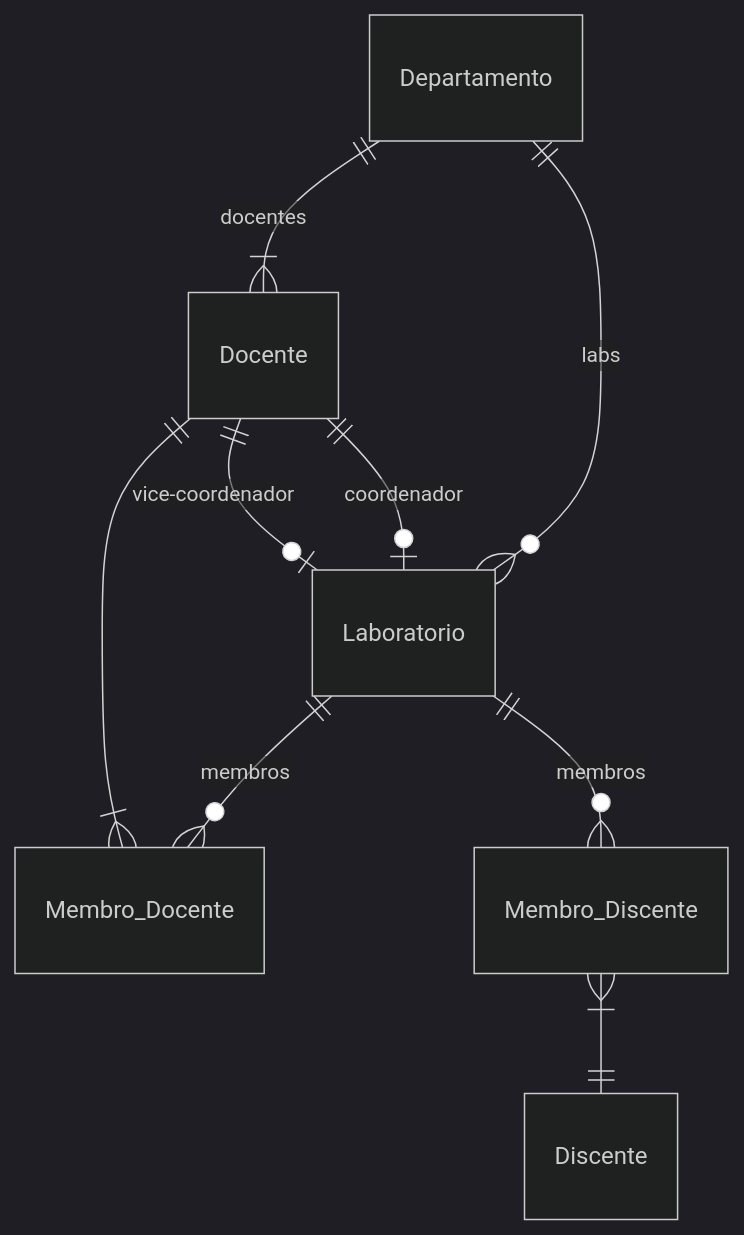
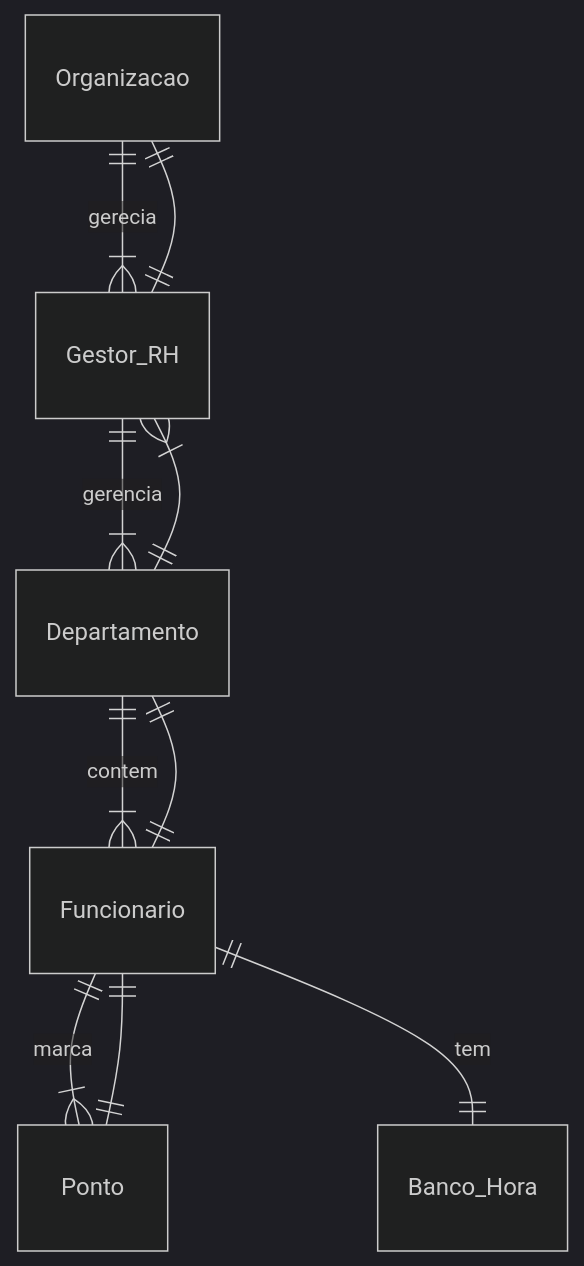
The second of 2 diagrams in docs/documento_modelos.md (Brunowcst/sistemadecontroledepontos), drawn with Mermaid (dark theme) before and after one commit.

Commit message:
FIX AGAIN: ER Diagram

````diff
--- a/docs/documento_modelos.md
+++ b/docs/documento_modelos.md
@@ -49,11 +49,12 @@
 ```mermaid
 erDiagram
-    Departamento ||--o{ Laboratorio : labs
-    Departamento ||--|{ Docente : docentes
-    Docente ||--o| Laboratorio : coordenador
-    Docente ||--o| Laboratorio : vice-coordenador
-    Laboratorio ||--o{ Membro_Docente : membros
-    Docente ||--|{ Membro_Docente : ""
-    Laboratorio ||--o{ Membro_Discente : membros
-    Membro_Discente }|--|| Discente: ""
+    Organizacao ||--|{ Gestor_RH : gerecia
+    Gestor_RH ||--|| Organizacao : ""
+    Gestor_RH ||--|{ Departamento : gerencia
+    Departamento ||--|{ Gestor_RH : ""
+    Departamento ||--|{ Funcionario : contem
+    Funcionario ||--|| Departamento : ""
+    Funcionario ||--|{ Ponto: marca
+    Ponto ||--|| Funcionario : ""
+    Funcionario||--|| Banco_Hora : tem
 ```
````
